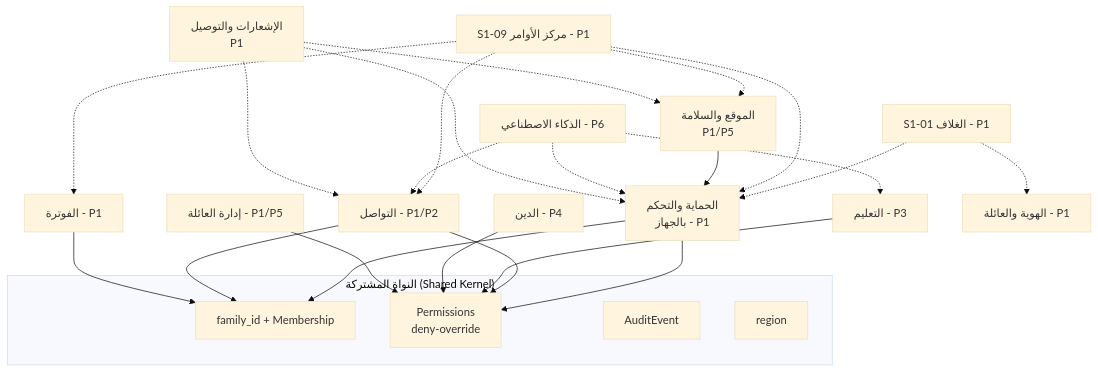
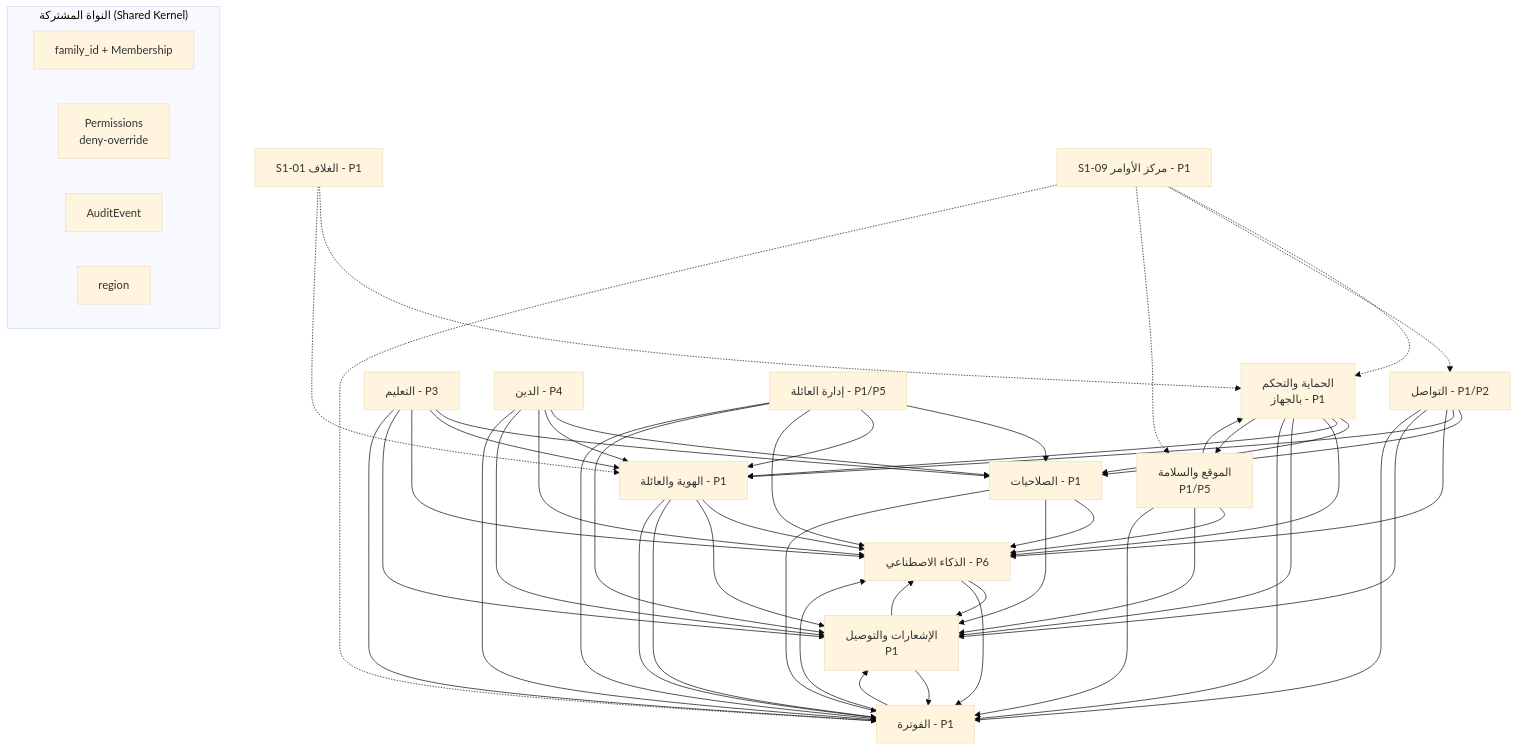
Before and after one commit to Bassam-mohammed-alqaeadi/family-os-v2: the diagram in docs/family-os/governance/architecture/CONTEXT-MAP.md, drawn with Mermaid (base theme). The commit also changed other lines of this file and 19 other files, not shown here.

````diff
--- a/docs/family-os/governance/architecture/CONTEXT-MAP.md
+++ b/docs/family-os/governance/architecture/CONTEXT-MAP.md
@@ -93,42 +93,49 @@
 ```mermaid
 graph TD
     subgraph Kernel["النواة المشتركة (Shared Kernel)"]
         F[family_id + Membership]
         P[Permissions<br/>deny-override]
         A[AuditEvent]
         R[region]
     end
     PROT[الحماية والتحكم<br/>بالجهاز - P1]
     LOC[الموقع والسلامة<br/>P1/P5]
     MSG[التواصل - P1/P2]
     EDU[التعليم - P3]
     REL[الدين - P4]
     COORD[إدارة العائلة - P1/P5]
     AI[الذكاء الاصطناعي - P6]
     BILL[الفوترة - P1]
     NOTIF[الإشعارات والتوصيل<br/>P1]
     ID[الهوية والعائلة - P1]
+    PERM[الصلاحيات - P1]
     SHELL[S1-01 الغلاف - P1]
     HUB[S1-09 مركز الأوامر - P1]
+    %% عناصر عابرة (§2-أ): الغلاف والمركز يعبران كل السياقات — بلا سياق خاص
     SHELL -.-> PROT
     SHELL -.-> ID
     HUB -.-> PROT
     HUB -.-> MSG
     HUB -.-> LOC
     HUB -.-> BILL
-    PROT --> P
-    PROT --> F
+    %% علاقات §4 — عميل/مورّد: استعلام/قراءة
+    PROT --> PERM
+    PROT --> ID
     LOC --> PROT
-    MSG --> P
-    MSG --> F
-    EDU --> P
-    REL --> P
-    COORD --> P
-    AI -.-> PROT
-    AI -.-> MSG
-    AI -.-> EDU
-    BILL --> F
-    NOTIF -.-> PROT
-    NOTIF -.-> MSG
-    NOTIF -.-> LOC
+    MSG --> PERM
+    MSG --> ID
+    EDU --> PERM
+    REL --> PERM
+    COORD --> PERM
+    EDU --> ID
+    REL --> ID
+    COORD --> ID
+    %% علاقات §4 — "كل المجالات": الطلب من الذكاء / الإرسال عبر الإشعارات / الاستعلام من الفوترة
+    PROT & LOC & MSG & EDU & REL & COORD & BILL & NOTIF & ID & PERM --> AI
+    PROT & LOC & MSG & EDU & REL & COORD & BILL & AI & ID & PERM --> NOTIF
+    PROT & LOC & MSG & EDU & REL & COORD & AI & NOTIF & ID & PERM --> BILL
+    %% علاقات §4 — أحداث المجال: الهوية تبلّغ الفوترة؛ الحماية تبلّغ الموقع
+    ID --> BILL
+    PROT --> LOC
+    %% النواة المشتركة (§3): مفاهيم موحدة يستخدمها كل مجال كما هي — بلا أسهم علاقات في §4
 ```
````
